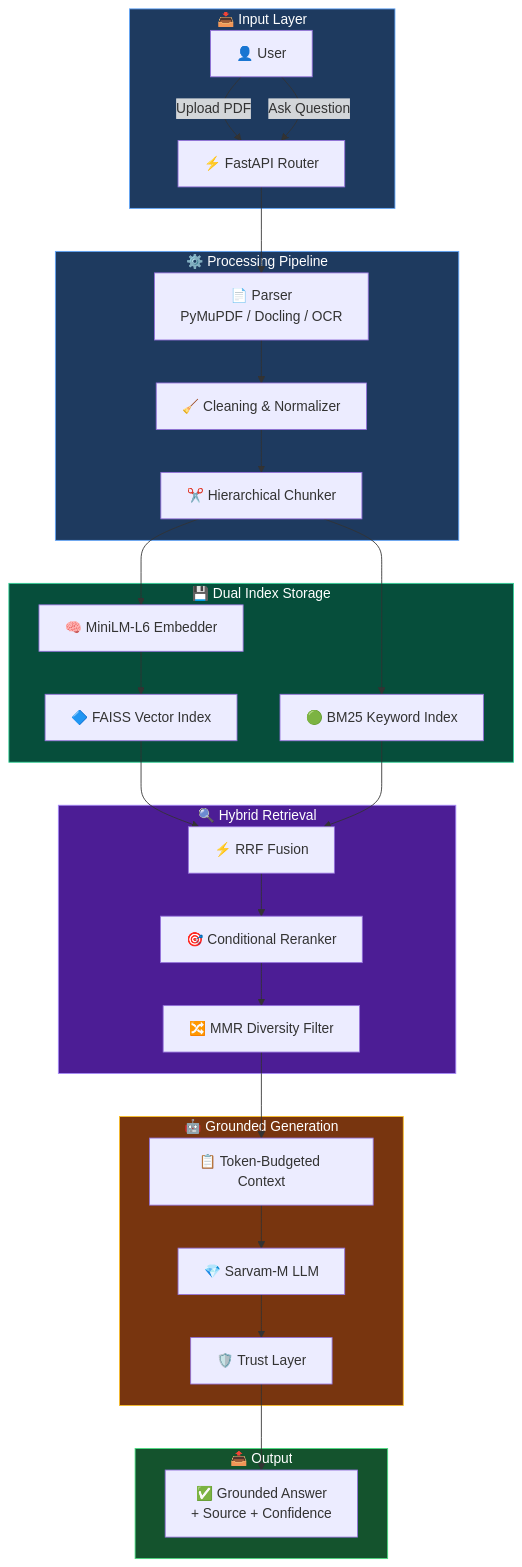
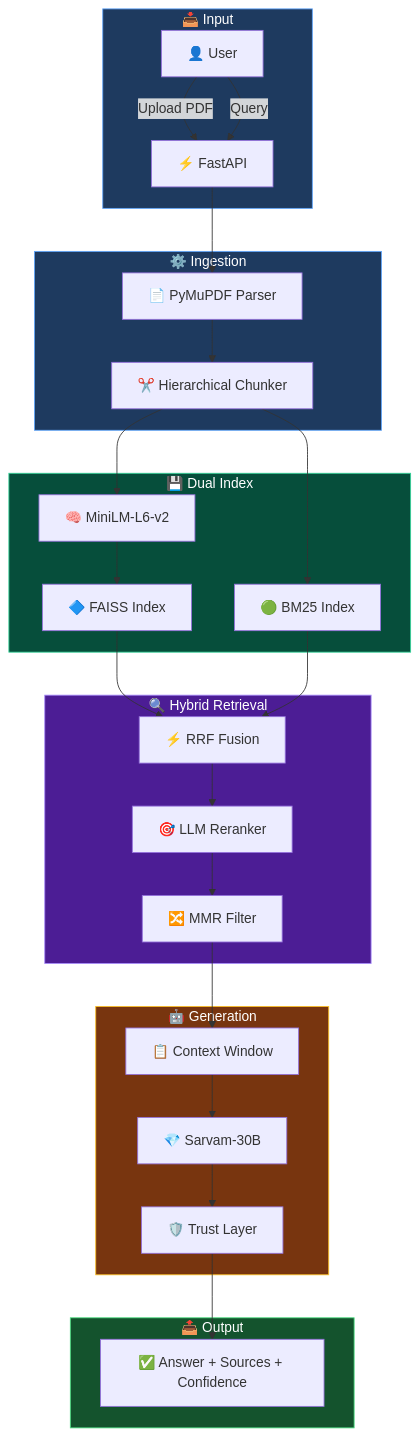
The diagram in README.md (Nishant-aiml/iveri-llm-advanced-rag-learning-system), drawn with Mermaid before and after one commit. The commit also changed other lines of this file and 12 other files, not shown here.

````diff
--- a/README.md
+++ b/README.md
@@ -102,43 +56,42 @@
 ```mermaid
 flowchart TD
-    subgraph INPUT["📥 Input Layer"]
-        U[👤 User] -->|Upload PDF| API[⚡ FastAPI Router]
-        U -->|Ask Question| API
+    subgraph INPUT["📥 Input"]
+        U[👤 User] -->|Upload PDF| API[⚡ FastAPI]
+        U -->|Query| API
     end
 
-    subgraph PROCESSING["⚙️ Processing Pipeline"]
-        API --> Parser["📄 Parser<br/>PyMuPDF / Docling / OCR"]
-        Parser --> Normalizer["🧹 Cleaning & Normalizer"]
-        Normalizer --> Chunker["✂️ Hierarchical Chunker"]
+    subgraph INGESTION["⚙️ Ingestion"]
+        API --> Parser["📄 PyMuPDF Parser"]
+        Parser --> Chunker["✂️ Hierarchical Chunker"]
     end
 
-    subgraph INDEXING["💾 Dual Index Storage"]
-        Chunker --> Embedder["🧠 MiniLM-L6 Embedder"]
-        Embedder --> FAISS["🔷 FAISS Vector Index"]
-        Chunker --> BM25["🟢 BM25 Keyword Index"]
+    subgraph INDEXING["💾 Dual Index"]
+        Chunker --> Embedder["🧠 MiniLM-L6-v2"]
+        Embedder --> FAISS["🔷 FAISS Index"]
+        Chunker --> BM25["🟢 BM25 Index"]
     end
 
     subgraph RETRIEVAL["🔍 Hybrid Retrieval"]
         FAISS --> RRF["⚡ RRF Fusion"]
         BM25 --> RRF
-        RRF --> Reranker["🎯 Conditional Reranker"]
-        Reranker --> MMR["🔀 MMR Diversity Filter"]
+        RRF --> Reranker["🎯 LLM Reranker"]
+        Reranker --> MMR["🔀 MMR Filter"]
     end
 
-    subgraph GENERATION["🤖 Grounded Generation"]
-        MMR --> Context["📋 Token-Budgeted Context"]
-        Context --> LLM["💎 Sarvam-M LLM"]
+    subgraph GENERATION["🤖 Generation"]
+        MMR --> Context["📋 Context Window"]
+        Context --> LLM["💎 Sarvam-30B"]
         LLM --> Trust["🛡️ Trust Layer"]
     end
 
     subgraph OUTPUT["📤 Output"]
-        Trust --> Response["✅ Grounded Answer<br/>+ Source + Confidence"]
+        Trust --> Response["✅ Answer + Sources + Confidence"]
     end
 
     style INPUT fill:#1e3a5f,stroke:#60a5fa,color:#fff
-    style PROCESSING fill:#1e3a5f,stroke:#60a5fa,color:#fff
+    style INGESTION fill:#1e3a5f,stroke:#60a5fa,color:#fff
     style INDEXING fill:#064e3b,stroke:#34d399,color:#fff
     style RETRIEVAL fill:#4c1d95,stroke:#a78bfa,color:#fff
     style GENERATION fill:#78350f,stroke:#fbbf24,color:#fff
     style OUTPUT fill:#14532d,stroke:#4ade80,color:#fff
 ```
````
